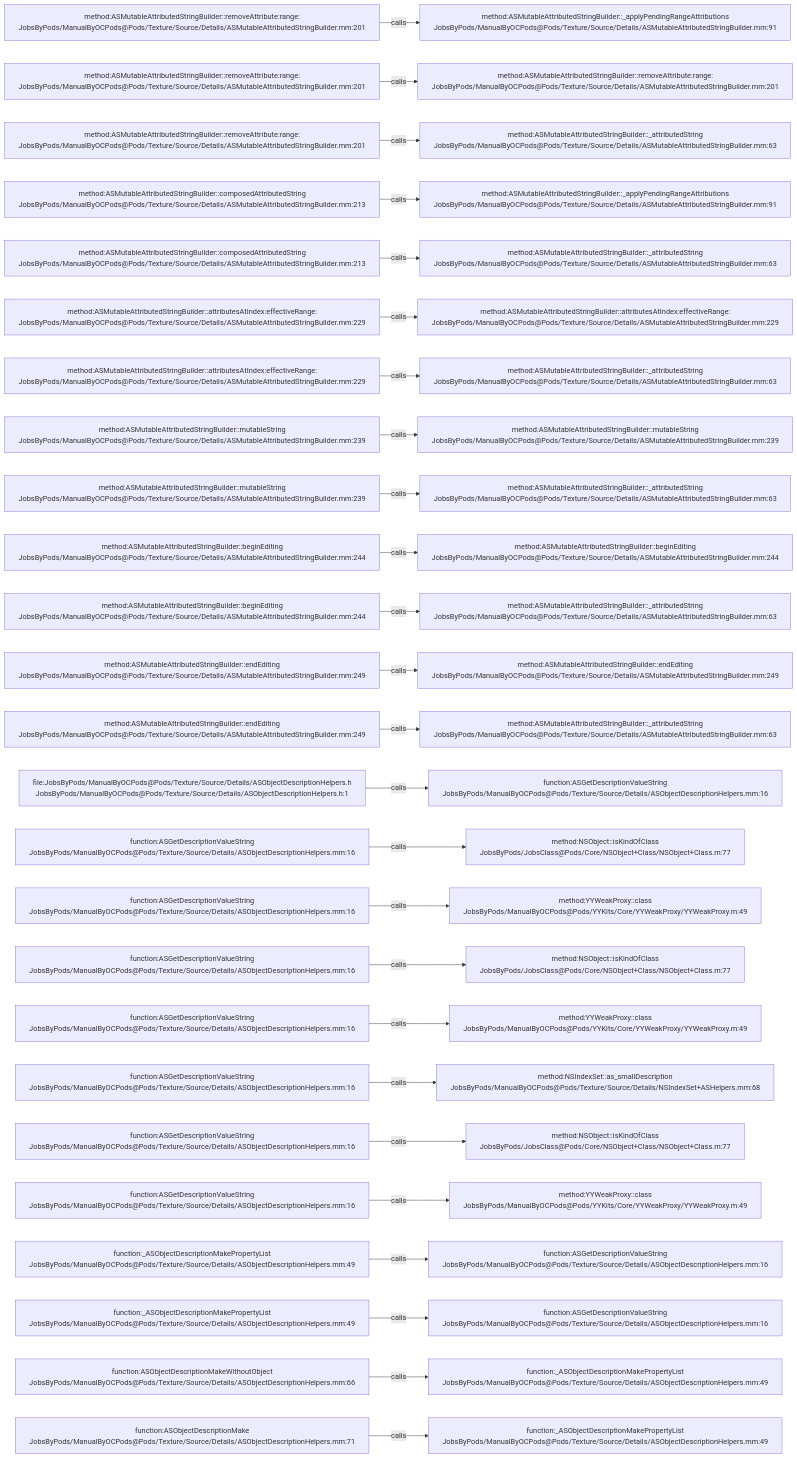
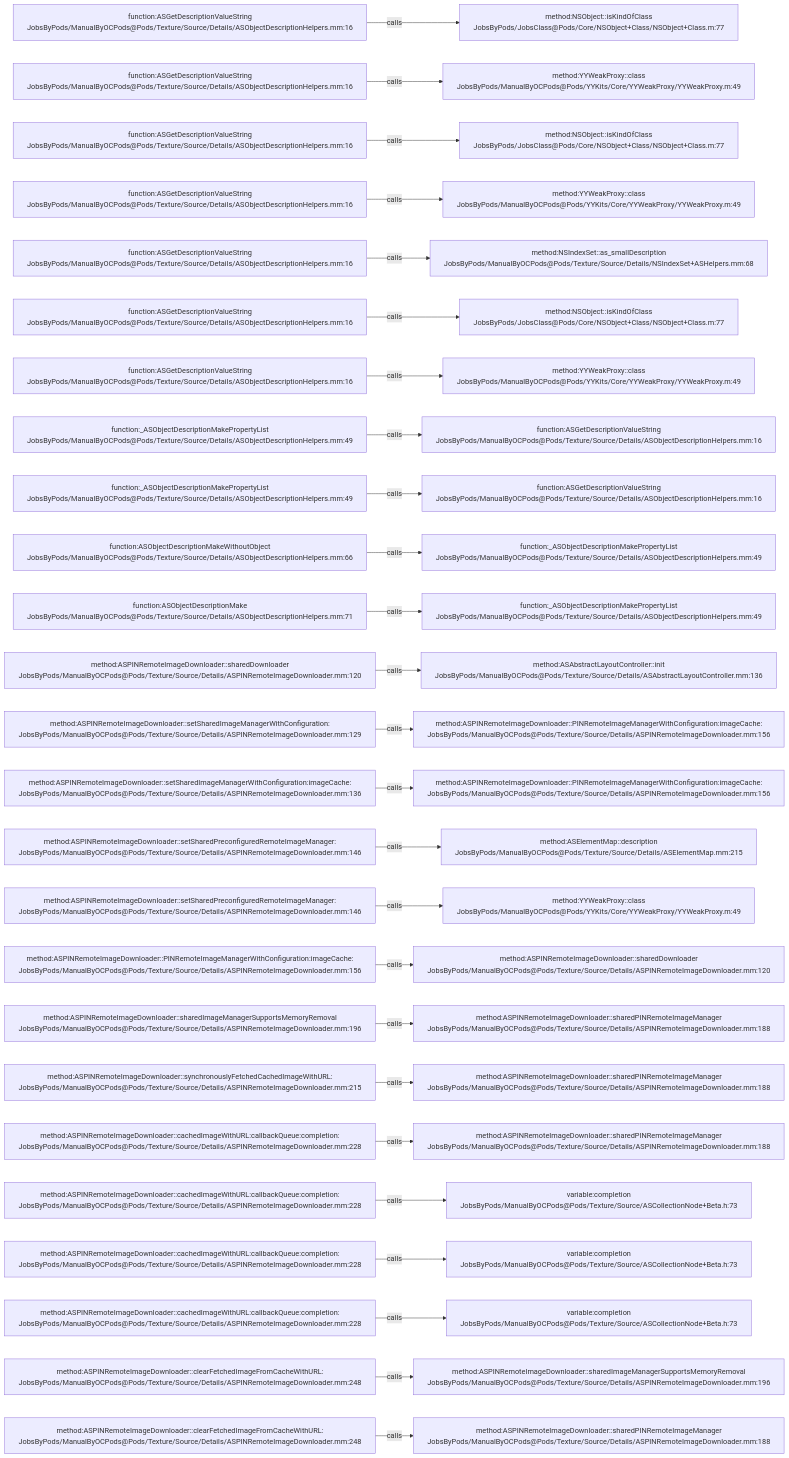
The diagram in .codegraph/codegraph.md/graphs/calls-162.md (JobsKits/JobsOCBaseConfigDemo), drawn with Mermaid before and after one commit. The commit also changed 296 other files, not shown here.

````diff
--- a/.codegraph/codegraph.md/graphs/calls-162.md
+++ b/.codegraph/codegraph.md/graphs/calls-162.md
@@ -13,78 +13,78 @@
 ```mermaid
 flowchart LR
-  S1["method:ASMutableAttributedStringBuilder::removeAttribute:range:<br/>JobsByPods/ManualByOCPods@Pods/Texture/Source/Details/ASMutableAttributedStringBuilder.mm:201"]
-  T1["method:ASMutableAttributedStringBuilder::_applyPendingRangeAttributions<br/>JobsByPods/ManualByOCPods@Pods/Texture/Source/Details/ASMutableAttributedStringBuilder.mm:91"]
+  S1["function:ASGetDescriptionValueString<br/>JobsByPods/ManualByOCPods@Pods/Texture/Source/Details/ASObjectDescriptionHelpers.mm:16"]
+  T1["method:NSObject::isKindOfClass<br/>JobsByPods/JobsClass@Pods/Core/NSObject+Class/NSObject+Class.m:77"]
   S1 -->|calls| T1
-  S2["method:ASMutableAttributedStringBuilder::removeAttribute:range:<br/>JobsByPods/ManualByOCPods@Pods/Texture/Source/Details/ASMutableAttributedStringBuilder.mm:201"]
-  T2["method:ASMutableAttributedStringBuilder::removeAttribute:range:<br/>JobsByPods/ManualByOCPods@Pods/Texture/Source/Details/ASMutableAttributedStringBuilder.mm:201"]
+  S2["function:ASGetDescriptionValueString<br/>JobsByPods/ManualByOCPods@Pods/Texture/Source/Details/ASObjectDescriptionHelpers.mm:16"]
+  T2["method:YYWeakProxy::class<br/>JobsByPods/ManualByOCPods@Pods/YYKits/Core/YYWeakProxy/YYWeakProxy.m:49"]
   S2 -->|calls| T2
-  S3["method:ASMutableAttributedStringBuilder::removeAttribute:range:<br/>JobsByPods/ManualByOCPods@Pods/Texture/Source/Details/ASMutableAttributedStringBuilder.mm:201"]
-  T3["method:ASMutableAttributedStringBuilder::_attributedString<br/>JobsByPods/ManualByOCPods@Pods/Texture/Source/Details/ASMutableAttributedStringBuilder.mm:63"]
+  S3["function:ASGetDescriptionValueString<br/>JobsByPods/ManualByOCPods@Pods/Texture/Source/Details/ASObjectDescriptionHelpers.mm:16"]
+  T3["method:NSObject::isKindOfClass<br/>JobsByPods/JobsClass@Pods/Core/NSObject+Class/NSObject+Class.m:77"]
   S3 -->|calls| T3
-  S4["method:ASMutableAttributedStringBuilder::composedAttributedString<br/>JobsByPods/ManualByOCPods@Pods/Texture/Source/Details/ASMutableAttributedStringBuilder.mm:213"]
-  T4["method:ASMutableAttributedStringBuilder::_applyPendingRangeAttributions<br/>JobsByPods/ManualByOCPods@Pods/Texture/Source/Details/ASMutableAttributedStringBuilder.mm:91"]
+  S4["function:ASGetDescriptionValueString<br/>JobsByPods/ManualByOCPods@Pods/Texture/Source/Details/ASObjectDescriptionHelpers.mm:16"]
+  T4["method:YYWeakProxy::class<br/>JobsByPods/ManualByOCPods@Pods/YYKits/Core/YYWeakProxy/YYWeakProxy.m:49"]
   S4 -->|calls| T4
-  S5["method:ASMutableAttributedStringBuilder::composedAttributedString<br/>JobsByPods/ManualByOCPods@Pods/Texture/Source/Details/ASMutableAttributedStringBuilder.mm:213"]
-  T5["method:ASMutableAttributedStringBuilder::_attributedString<br/>JobsByPods/ManualByOCPods@Pods/Texture/Source/Details/ASMutableAttributedStringBuilder.mm:63"]
+  S5["function:ASGetDescriptionValueString<br/>JobsByPods/ManualByOCPods@Pods/Texture/Source/Details/ASObjectDescriptionHelpers.mm:16"]
+  T5["method:NSIndexSet::as_smallDescription<br/>JobsByPods/ManualByOCPods@Pods/Texture/Source/Details/NSIndexSet+ASHelpers.mm:68"]
   S5 -->|calls| T5
-  S6["method:ASMutableAttributedStringBuilder::attributesAtIndex:effectiveRange:<br/>JobsByPods/ManualByOCPods@Pods/Texture/Source/Details/ASMutableAttributedStringBuilder.mm:229"]
-  T6["method:ASMutableAttributedStringBuilder::attributesAtIndex:effectiveRange:<br/>JobsByPods/ManualByOCPods@Pods/Texture/Source/Details/ASMutableAttributedStringBuilder.mm:229"]
+  S6["function:ASGetDescriptionValueString<br/>JobsByPods/ManualByOCPods@Pods/Texture/Source/Details/ASObjectDescriptionHelpers.mm:16"]
+  T6["method:NSObject::isKindOfClass<br/>JobsByPods/JobsClass@Pods/Core/NSObject+Class/NSObject+Class.m:77"]
   S6 -->|calls| T6
-  S7["method:ASMutableAttributedStringBuilder::attributesAtIndex:effectiveRange:<br/>JobsByPods/ManualByOCPods@Pods/Texture/Source/Details/ASMutableAttributedStringBuilder.mm:229"]
-  T7["method:ASMutableAttributedStringBuilder::_attributedString<br/>JobsByPods/ManualByOCPods@Pods/Texture/Source/Details/ASMutableAttributedStringBuilder.mm:63"]
+  S7["function:ASGetDescriptionValueString<br/>JobsByPods/ManualByOCPods@Pods/Texture/Source/Details/ASObjectDescriptionHelpers.mm:16"]
+  T7["method:YYWeakProxy::class<br/>JobsByPods/ManualByOCPods@Pods/YYKits/Core/YYWeakProxy/YYWeakProxy.m:49"]
   S7 -->|calls| T7
-  S8["method:ASMutableAttributedStringBuilder::mutableString<br/>JobsByPods/ManualByOCPods@Pods/Texture/Source/Details/ASMutableAttributedStringBuilder.mm:239"]
-  T8["method:ASMutableAttributedStringBuilder::mutableString<br/>JobsByPods/ManualByOCPods@Pods/Texture/Source/Details/ASMutableAttributedStringBuilder.mm:239"]
+  S8["function:_ASObjectDescriptionMakePropertyList<br/>JobsByPods/ManualByOCPods@Pods/Texture/Source/Details/ASObjectDescriptionHelpers.mm:49"]
+  T8["function:ASGetDescriptionValueString<br/>JobsByPods/ManualByOCPods@Pods/Texture/Source/Details/ASObjectDescriptionHelpers.mm:16"]
   S8 -->|calls| T8
-  S9["method:ASMutableAttributedStringBuilder::mutableString<br/>JobsByPods/ManualByOCPods@Pods/Texture/Source/Details/ASMutableAttributedStringBuilder.mm:239"]
-  T9["method:ASMutableAttributedStringBuilder::_attributedString<br/>JobsByPods/ManualByOCPods@Pods/Texture/Source/Details/ASMutableAttributedStringBuilder.mm:63"]
+  S9["function:_ASObjectDescriptionMakePropertyList<br/>JobsByPods/ManualByOCPods@Pods/Texture/Source/Details/ASObjectDescriptionHelpers.mm:49"]
+  T9["function:ASGetDescriptionValueString<br/>JobsByPods/ManualByOCPods@Pods/Texture/Source/Details/ASObjectDescriptionHelpers.mm:16"]
   S9 -->|calls| T9
-  S10["method:ASMutableAttributedStringBuilder::beginEditing<br/>JobsByPods/ManualByOCPods@Pods/Texture/Source/Details/ASMutableAttributedStringBuilder.mm:244"]
-  T10["method:ASMutableAttributedStringBuilder::beginEditing<br/>JobsByPods/ManualByOCPods@Pods/Texture/Source/Details/ASMutableAttributedStringBuilder.mm:244"]
+  S10["function:ASObjectDescriptionMakeWithoutObject<br/>JobsByPods/ManualByOCPods@Pods/Texture/Source/Details/ASObjectDescriptionHelpers.mm:66"]
+  T10["function:_ASObjectDescriptionMakePropertyList<br/>JobsByPods/ManualByOCPods@Pods/Texture/Source/Details/ASObjectDescriptionHelpers.mm:49"]
   S10 -->|calls| T10
-  S11["method:ASMutableAttributedStringBuilder::beginEditing<br/>JobsByPods/ManualByOCPods@Pods/Texture/Source/Details/ASMutableAttributedStringBuilder.mm:244"]
-  T11["method:ASMutableAttributedStringBuilder::_attributedString<br/>JobsByPods/ManualByOCPods@Pods/Texture/Source/Details/ASMutableAttributedStringBuilder.mm:63"]
+  S11["function:ASObjectDescriptionMake<br/>JobsByPods/ManualByOCPods@Pods/Texture/Source/Details/ASObjectDescriptionHelpers.mm:71"]
+  T11["function:_ASObjectDescriptionMakePropertyList<br/>JobsByPods/ManualByOCPods@Pods/Texture/Source/Details/ASObjectDescriptionHelpers.mm:49"]
   S11 -->|calls| T11
-  S12["method:ASMutableAttributedStringBuilder::endEditing<br/>JobsByPods/ManualByOCPods@Pods/Texture/Source/Details/ASMutableAttributedStringBuilder.mm:249"]
-  T12["method:ASMutableAttributedStringBuilder::endEditing<br/>JobsByPods/ManualByOCPods@Pods/Texture/Source/Details/ASMutableAttributedStringBuilder.mm:249"]
+  S12["method:ASPINRemoteImageDownloader::sharedDownloader<br/>JobsByPods/ManualByOCPods@Pods/Texture/Source/Details/ASPINRemoteImageDownloader.mm:120"]
+  T12["method:ASAbstractLayoutController::init<br/>JobsByPods/ManualByOCPods@Pods/Texture/Source/Details/ASAbstractLayoutController.mm:136"]
   S12 -->|calls| T12
-  S13["method:ASMutableAttributedStringBuilder::endEditing<br/>JobsByPods/ManualByOCPods@Pods/Texture/Source/Details/ASMutableAttributedStringBuilder.mm:249"]
-  T13["method:ASMutableAttributedStringBuilder::_attributedString<br/>JobsByPods/ManualByOCPods@Pods/Texture/Source/Details/ASMutableAttributedStringBuilder.mm:63"]
+  S13["method:ASPINRemoteImageDownloader::setSharedImageManagerWithConfiguration:<br/>JobsByPods/ManualByOCPods@Pods/Texture/Source/Details/ASPINRemoteImageDownloader.mm:129"]
+  T13["method:ASPINRemoteImageDownloader::PINRemoteImageManagerWithConfiguration:imageCache:<br/>JobsByPods/ManualByOCPods@Pods/Texture/Source/Details/ASPINRemoteImageDownloader.mm:156"]
   S13 -->|calls| T13
-  S14["file:JobsByPods/ManualByOCPods@Pods/Texture/Source/Details/ASObjectDescriptionHelpers.h<br/>JobsByPods/ManualByOCPods@Pods/Texture/Source/Details/ASObjectDescriptionHelpers.h:1"]
-  T14["function:ASGetDescriptionValueString<br/>JobsByPods/ManualByOCPods@Pods/Texture/Source/Details/ASObjectDescriptionHelpers.mm:16"]
+  S14["method:ASPINRemoteImageDownloader::setSharedImageManagerWithConfiguration:imageCache:<br/>JobsByPods/ManualByOCPods@Pods/Texture/Source/Details/ASPINRemoteImageDownloader.mm:136"]
+  T14["method:ASPINRemoteImageDownloader::PINRemoteImageManagerWithConfiguration:imageCache:<br/>JobsByPods/ManualByOCPods@Pods/Texture/Source/Details/ASPINRemoteImageDownloader.mm:156"]
   S14 -->|calls| T14
-  S15["function:ASGetDescriptionValueString<br/>JobsByPods/ManualByOCPods@Pods/Texture/Source/Details/ASObjectDescriptionHelpers.mm:16"]
-  T15["method:NSObject::isKindOfClass<br/>JobsByPods/JobsClass@Pods/Core/NSObject+Class/NSObject+Class.m:77"]
+  S15["method:ASPINRemoteImageDownloader::setSharedPreconfiguredRemoteImageManager:<br/>JobsByPods/ManualByOCPods@Pods/Texture/Source/Details/ASPINRemoteImageDownloader.mm:146"]
+  T15["method:ASElementMap::description<br/>JobsByPods/ManualByOCPods@Pods/Texture/Source/Details/ASElementMap.mm:215"]
   S15 -->|calls| T15
-  S16["function:ASGetDescriptionValueString<br/>JobsByPods/ManualByOCPods@Pods/Texture/Source/Details/ASObjectDescriptionHelpers.mm:16"]
+  S16["method:ASPINRemoteImageDownloader::setSharedPreconfiguredRemoteImageManager:<br/>JobsByPods/ManualByOCPods@Pods/Texture/Source/Details/ASPINRemoteImageDownloader.mm:146"]
   T16["method:YYWeakProxy::class<br/>JobsByPods/ManualByOCPods@Pods/YYKits/Core/YYWeakProxy/YYWeakProxy.m:49"]
   S16 -->|calls| T16
-  S17["function:ASGetDescriptionValueString<br/>JobsByPods/ManualByOCPods@Pods/Texture/Source/Details/ASObjectDescriptionHelpers.mm:16"]
-  T17["method:NSObject::isKindOfClass<br/>JobsByPods/JobsClass@Pods/Core/NSObject+Class/NSObject+Class.m:77"]
+  S17["method:ASPINRemoteImageDownloader::PINRemoteImageManagerWithConfiguration:imageCache:<br/>JobsByPods/ManualByOCPods@Pods/Texture/Source/Details/ASPINRemoteImageDownloader.mm:156"]
+  T17["method:ASPINRemoteImageDownloader::sharedDownloader<br/>JobsByPods/ManualByOCPods@Pods/Texture/Source/Details/ASPINRemoteImageDownloader.mm:120"]
   S17 -->|calls| T17
-  S18["function:ASGetDescriptionValueString<br/>JobsByPods/ManualByOCPods@Pods/Texture/Source/Details/ASObjectDescriptionHelpers.mm:16"]
-  T18["method:YYWeakProxy::class<br/>JobsByPods/ManualByOCPods@Pods/YYKits/Core/YYWeakProxy/YYWeakProxy.m:49"]
+  S18["method:ASPINRemoteImageDownloader::sharedImageManagerSupportsMemoryRemoval<br/>JobsByPods/ManualByOCPods@Pods/Texture/Source/Details/ASPINRemoteImageDownloader.mm:196"]
+  T18["method:ASPINRemoteImageDownloader::sharedPINRemoteImageManager<br/>JobsByPods/ManualByOCPods@Pods/Texture/Source/Details/ASPINRemoteImageDownloader.mm:188"]
   S18 -->|calls| T18
-  S19["function:ASGetDescriptionValueString<br/>JobsByPods/ManualByOCPods@Pods/Texture/Source/Details/ASObjectDescriptionHelpers.mm:16"]
-  T19["method:NSIndexSet::as_smallDescription<br/>JobsByPods/ManualByOCPods@Pods/Texture/Source/Details/NSIndexSet+ASHelpers.mm:68"]
+  S19["method:ASPINRemoteImageDownloader::synchronouslyFetchedCachedImageWithURL:<br/>JobsByPods/ManualByOCPods@Pods/Texture/Source/Details/ASPINRemoteImageDownloader.mm:215"]
+  T19["method:ASPINRemoteImageDownloader::sharedPINRemoteImageManager<br/>JobsByPods/ManualByOCPods@Pods/Texture/Source/Details/ASPINRemoteImageDownloader.mm:188"]
   S19 -->|calls| T19
-  S20["function:ASGetDescriptionValueString<br/>JobsByPods/ManualByOCPods@Pods/Texture/Source/Details/ASObjectDescriptionHelpers.mm:16"]
-  T20["method:NSObject::isKindOfClass<br/>JobsByPods/JobsClass@Pods/Core/NSObject+Class/NSObject+Class.m:77"]
+  S20["method:ASPINRemoteImageDownloader::cachedImageWithURL:callbackQueue:completion:<br/>JobsByPods/ManualByOCPods@Pods/Texture/Source/Details/ASPINRemoteImageDownloader.mm:228"]
+  T20["method:ASPINRemoteImageDownloader::sharedPINRemoteImageManager<br/>JobsByPods/ManualByOCPods@Pods/Texture/Source/Details/ASPINRemoteImageDownloader.mm:188"]
   S20 -->|calls| T20
-  S21["function:ASGetDescriptionValueString<br/>JobsByPods/ManualByOCPods@Pods/Texture/Source/Details/ASObjectDescriptionHelpers.mm:16"]
-  T21["method:YYWeakProxy::class<br/>JobsByPods/ManualByOCPods@Pods/YYKits/Core/YYWeakProxy/YYWeakProxy.m:49"]
+  S21["method:ASPINRemoteImageDownloader::cachedImageWithURL:callbackQueue:completion:<br/>JobsByPods/ManualByOCPods@Pods/Texture/Source/Details/ASPINRemoteImageDownloader.mm:228"]
+  T21["variable:completion<br/>JobsByPods/ManualByOCPods@Pods/Texture/Source/ASCollectionNode+Beta.h:73"]
   S21 -->|calls| T21
-  S22["function:_ASObjectDescriptionMakePropertyList<br/>JobsByPods/ManualByOCPods@Pods/Texture/Source/Details/ASObjectDescriptionHelpers.mm:49"]
-  T22["function:ASGetDescriptionValueString<br/>JobsByPods/ManualByOCPods@Pods/Texture/Source/Details/ASObjectDescriptionHelpers.mm:16"]
+  S22["method:ASPINRemoteImageDownloader::cachedImageWithURL:callbackQueue:completion:<br/>JobsByPods/ManualByOCPods@Pods/Texture/Source/Details/ASPINRemoteImageDownloader.mm:228"]
+  T22["variable:completion<br/>JobsByPods/ManualByOCPods@Pods/Texture/Source/ASCollectionNode+Beta.h:73"]
   S22 -->|calls| T22
-  S23["function:_ASObjectDescriptionMakePropertyList<br/>JobsByPods/ManualByOCPods@Pods/Texture/Source/Details/ASObjectDescriptionHelpers.mm:49"]
-  T23["function:ASGetDescriptionValueString<br/>JobsByPods/ManualByOCPods@Pods/Texture/Source/Details/ASObjectDescriptionHelpers.mm:16"]
+  S23["method:ASPINRemoteImageDownloader::cachedImageWithURL:callbackQueue:completion:<br/>JobsByPods/ManualByOCPods@Pods/Texture/Source/Details/ASPINRemoteImageDownloader.mm:228"]
+  T23["variable:completion<br/>JobsByPods/ManualByOCPods@Pods/Texture/Source/ASCollectionNode+Beta.h:73"]
   S23 -->|calls| T23
-  S24["function:ASObjectDescriptionMakeWithoutObject<br/>JobsByPods/ManualByOCPods@Pods/Texture/Source/Details/ASObjectDescriptionHelpers.mm:66"]
-  T24["function:_ASObjectDescriptionMakePropertyList<br/>JobsByPods/ManualByOCPods@Pods/Texture/Source/Details/ASObjectDescriptionHelpers.mm:49"]
+  S24["method:ASPINRemoteImageDownloader::clearFetchedImageFromCacheWithURL:<br/>JobsByPods/ManualByOCPods@Pods/Texture/Source/Details/ASPINRemoteImageDownloader.mm:248"]
+  T24["method:ASPINRemoteImageDownloader::sharedImageManagerSupportsMemoryRemoval<br/>JobsByPods/ManualByOCPods@Pods/Texture/Source/Details/ASPINRemoteImageDownloader.mm:196"]
   S24 -->|calls| T24
-  S25["function:ASObjectDescriptionMake<br/>JobsByPods/ManualByOCPods@Pods/Texture/Source/Details/ASObjectDescriptionHelpers.mm:71"]
-  T25["function:_ASObjectDescriptionMakePropertyList<br/>JobsByPods/ManualByOCPods@Pods/Texture/Source/Details/ASObjectDescriptionHelpers.mm:49"]
+  S25["method:ASPINRemoteImageDownloader::clearFetchedImageFromCacheWithURL:<br/>JobsByPods/ManualByOCPods@Pods/Texture/Source/Details/ASPINRemoteImageDownloader.mm:248"]
+  T25["method:ASPINRemoteImageDownloader::sharedPINRemoteImageManager<br/>JobsByPods/ManualByOCPods@Pods/Texture/Source/Details/ASPINRemoteImageDownloader.mm:188"]
   S25 -->|calls| T25
 ```
````
